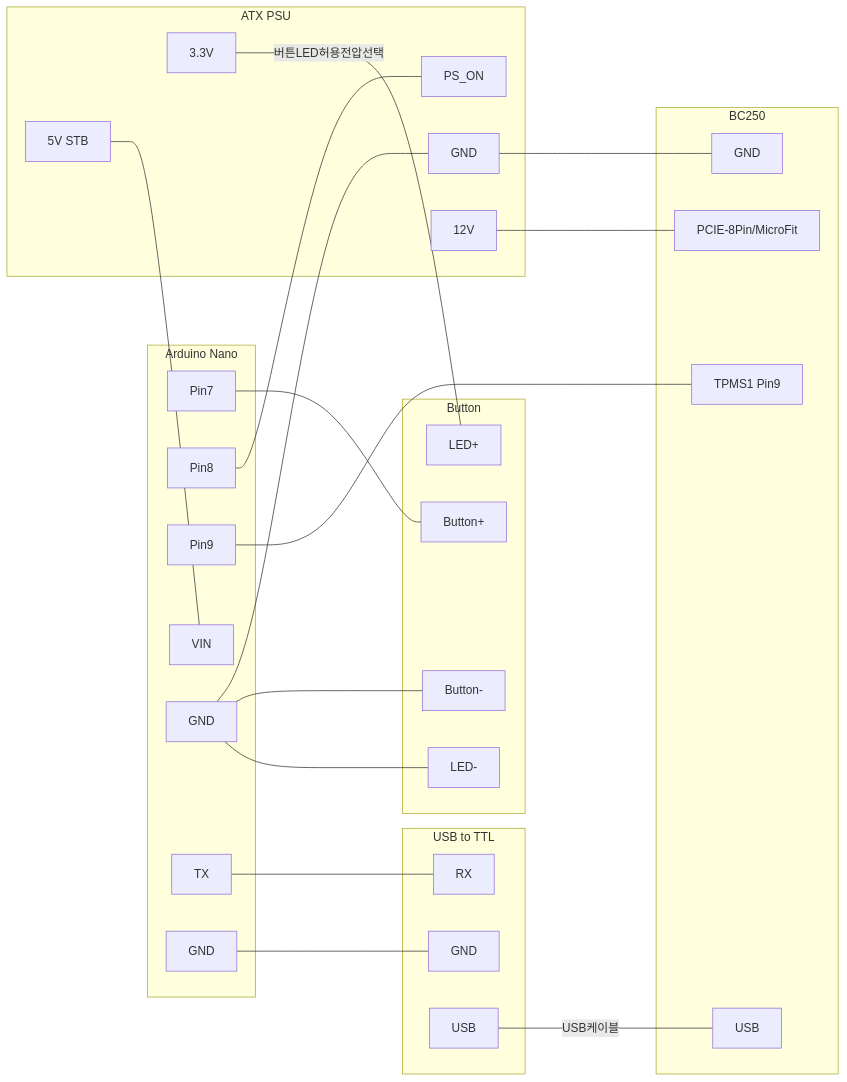
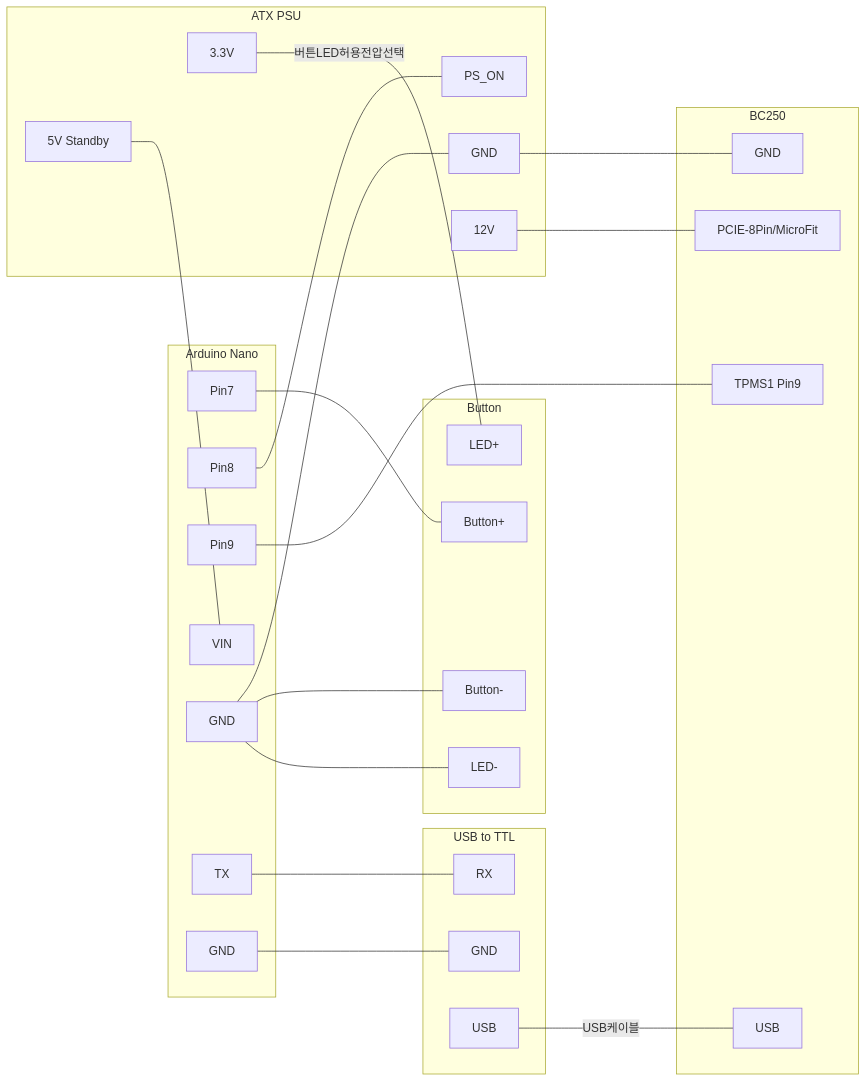
One commit to coolsolgit/BC250-ATX-PSU-Control changed the second of 2 diagrams in README.md. Above: the diagram before and after it, drawn with Mermaid.

````diff
--- a/README.md
+++ b/README.md
@@ -52,49 +52,49 @@
 ```mermaid
 flowchart LR
   subgraph Arduino Nano
     P7[Pin7]
     P8[Pin8]
     P9[Pin9]
     VIN[VIN]
     AGND[GND]
     TX[TX]
     ATGND[GND]
   end
   subgraph BC250
     TPMS[TPMS1 Pin9]
     BUSB[USB]
     PCIE[PCIE-8Pin/MicroFit]
     BGND[GND]
   end
   subgraph USB to TTL
     RX[RX]
     UGND[GND]
     UUSB[USB]
   end
   subgraph ATX PSU
-    5V[5V STB]
+    5V[5V Standby]
     3.3V[3.3V]
     PS_ON[PS_ON]
     PGND[GND]
     12V[12V]
   end
   subgraph Button
     BTN1[Button+]
     BTN2[Button-]
     LED1[LED+]
     LED2[LED-]
   end
   UUSB ---|USB케이블| BUSB
   TX --- RX
   P7 --- BTN1
   P8 --- PS_ON
   P9 --- TPMS
   AGND --- PGND
   AGND --- BTN2
   AGND --- LED2
   ATGND --- UGND
   3.3V ---|버튼LED허용전압선택| LED1
   5V --- VIN
   12V --- PCIE
   PGND ---- BGND
 ```
````
